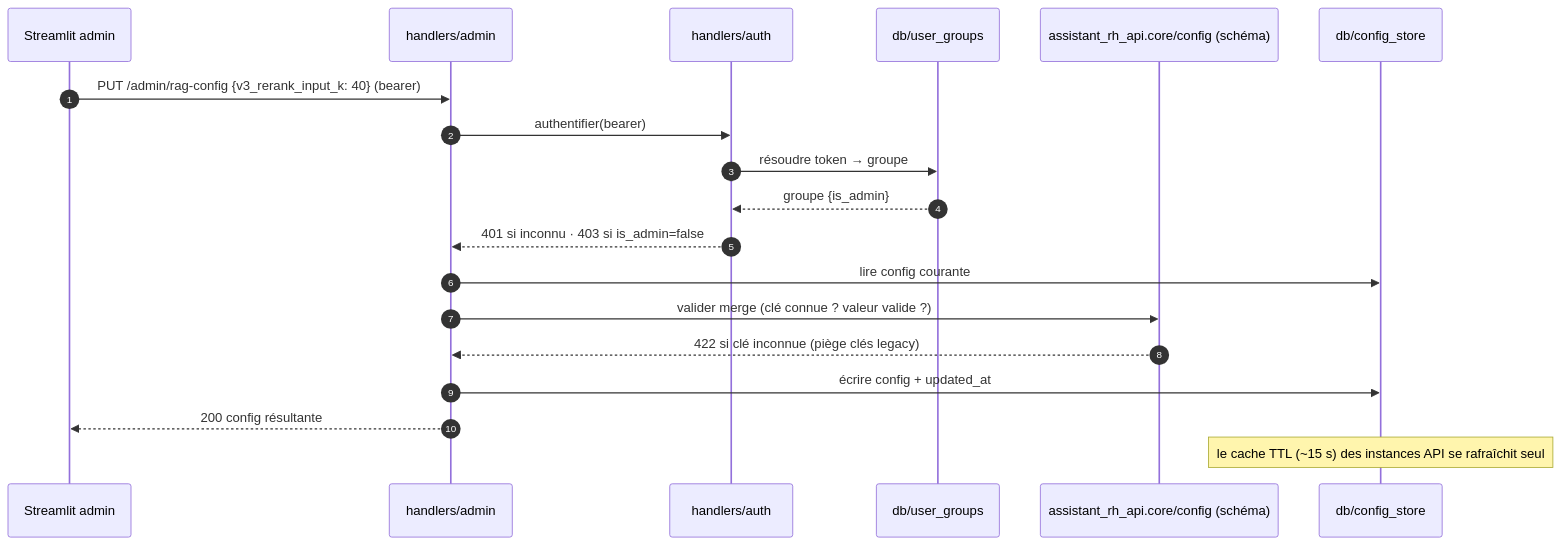
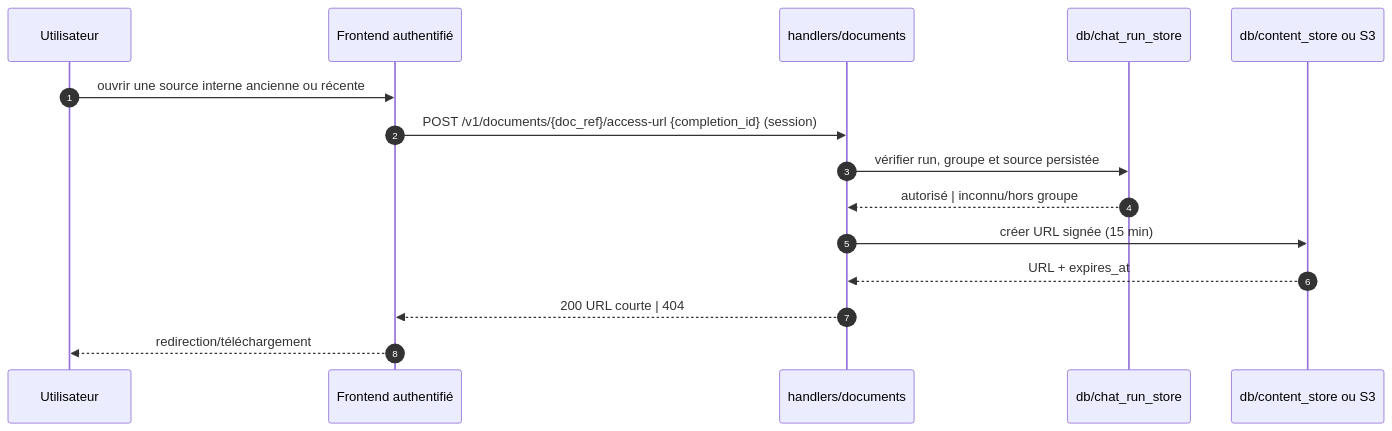
The sixth of 8 diagrams in docs/architecture/hexagonal-split/03-sequence-diagrams.md (DGAFP/assistant-rh), drawn with Mermaid before and after one commit. The commit also changed other lines of this file and 8 other files, not shown here.

Commit message:
docs: narrow Streamlit API migration scope

````diff
--- a/docs/architecture/hexagonal-split/03-sequence-diagrams.md
+++ b/docs/architecture/hexagonal-split/03-sequence-diagrams.md
@@ -100,22 +144,18 @@
 ```mermaid
 sequenceDiagram
     autonumber
-    participant ST as Streamlit admin
-    participant H as handlers/admin
-    participant A as handlers/auth
-    participant UG as db/user_groups
-    participant CORE as assistant_rh_api.core/config (schéma)
-    participant CFG as db/config_store
+    participant U as Utilisateur
+    participant F as Frontend authentifié
+    participant API as handlers/documents
+    participant CR as db/chat_run_store
+    participant DOC as db/content_store ou S3
 
-    ST->>H: PUT /admin/rag-config {v3_rerank_input_k: 40} (bearer)
-    H->>A: authentifier(bearer)
-    A->>UG: résoudre token → groupe
-    UG-->>A: groupe {is_admin}
-    A-->>H: 401 si inconnu · 403 si is_admin=false
-    H->>CFG: lire config courante
-    H->>CORE: valider merge (clé connue ? valeur valide ?)
-    CORE-->>H: 422 si clé inconnue (piège clés legacy)
-    H->>CFG: écrire config + updated_at
-    H-->>ST: 200 config résultante
-    Note over CFG: le cache TTL (~15 s) des instances API se rafraîchit seul
+    U->>F: ouvrir une source interne ancienne ou récente
+    F->>API: POST /v1/documents/{doc_ref}/access-url {completion_id} (session)
+    API->>CR: vérifier run, groupe et source persistée
+    CR-->>API: autorisé | inconnu/hors groupe
+    API->>DOC: créer URL signée (15 min)
+    DOC-->>API: URL + expires_at
+    API-->>F: 200 URL courte | 404
+    F-->>U: redirection/téléchargement
 ```
````
